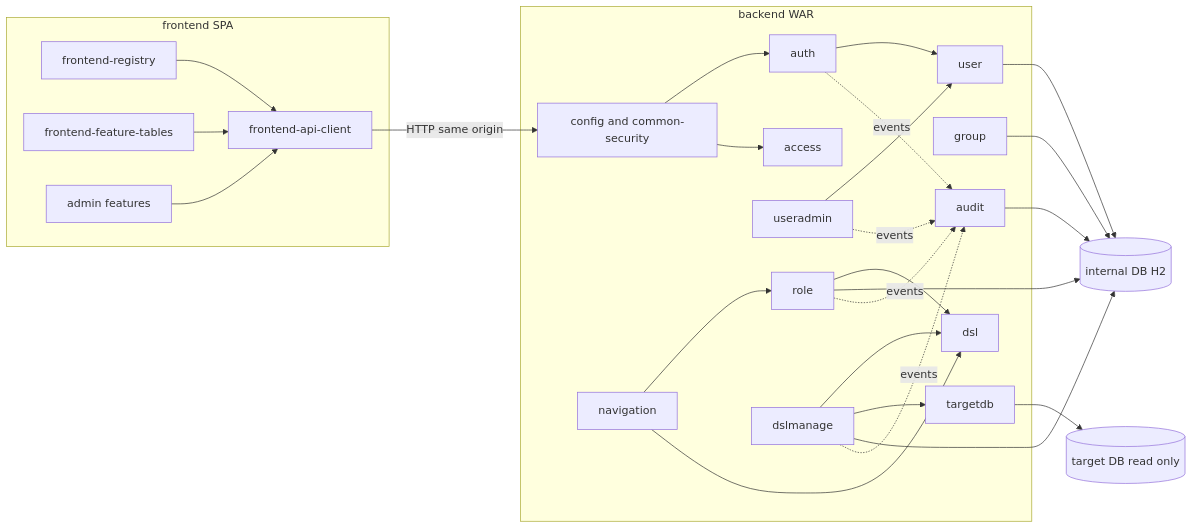
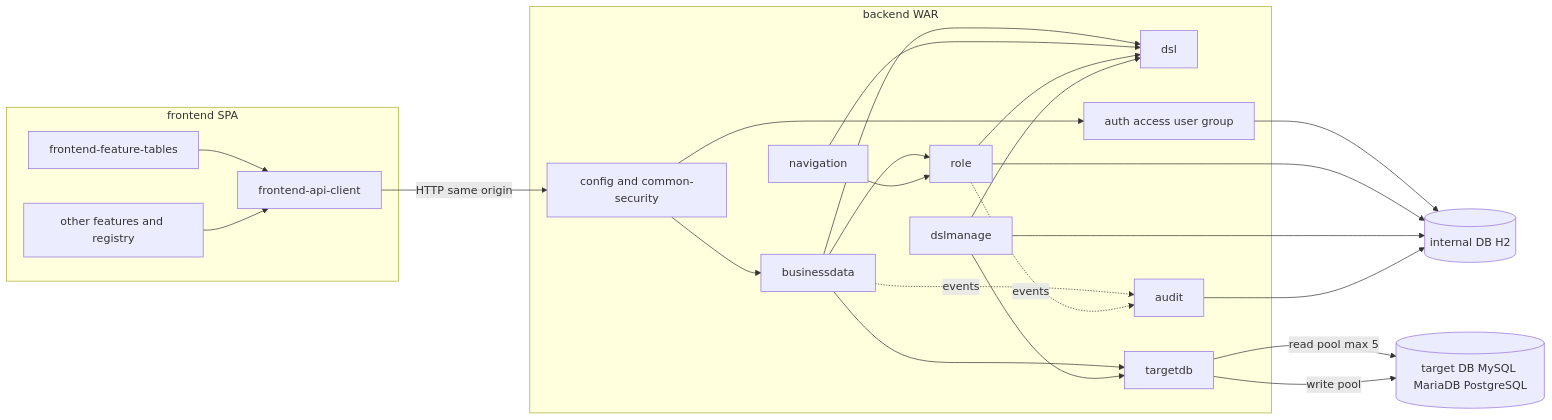
The first of 2 diagrams in aidlc/spaces/default/codekb/mastersmith2/architecture.md (agwlvssainokuni/mastersmith2), drawn with Mermaid before and after one commit. The commit also changed other lines of this file and 12 other files, not shown here.

````diff
--- a/aidlc/spaces/default/codekb/mastersmith2/architecture.md
+++ b/aidlc/spaces/default/codekb/mastersmith2/architecture.md
@@ -20,48 +20,42 @@
 ```mermaid
 flowchart LR
   subgraph FE["frontend SPA"]
-    REG["frontend-registry"]
     TBL["frontend-feature-tables"]
-    ADMFE["admin features"]
+    OTH["other features and registry"]
     API["frontend-api-client"]
   end
   subgraph BE["backend WAR"]
     SEC["config and common-security"]
-    AUTH["auth"]
-    ACC["access"]
-    USR["user"]
-    UADM["useradmin"]
+    BD["businessdata"]
+    ROLE["role"]
     NAV["navigation"]
-    ROLE["role"]
-    GRP["group"]
     DSL["dsl"]
     DSLM["dslmanage"]
     TDB["targetdb"]
     AUD["audit"]
+    CORE["auth access user group"]
   end
   H2[("internal DB H2")]
-  TARGET[("target DB read only")]
-  REG --> API
+  TARGET[("target DB MySQL MariaDB PostgreSQL")]
   TBL --> API
-  ADMFE --> API
+  OTH --> API
   API -->|HTTP same origin| SEC
-  SEC --> AUTH
-  SEC --> ACC
-  AUTH --> USR
-  UADM --> USR
+  SEC --> BD
+  SEC --> CORE
+  BD --> ROLE
+  BD --> DSL
+  BD --> TDB
   NAV --> ROLE
   NAV --> DSL
   ROLE --> DSL
   DSLM --> DSL
   DSLM --> TDB
-  TDB --> TARGET
-  USR --> H2
+  TDB -->|read pool max 5| TARGET
+  TDB -->|write pool| TARGET
+  CORE --> H2
   ROLE --> H2
-  GRP --> H2
   DSLM --> H2
   AUD --> H2
+  BD -.->|events| AUD
   ROLE -.->|events| AUD
-  UADM -.->|events| AUD
-  DSLM -.->|events| AUD
-  AUTH -.->|events| AUD
 ```
````
